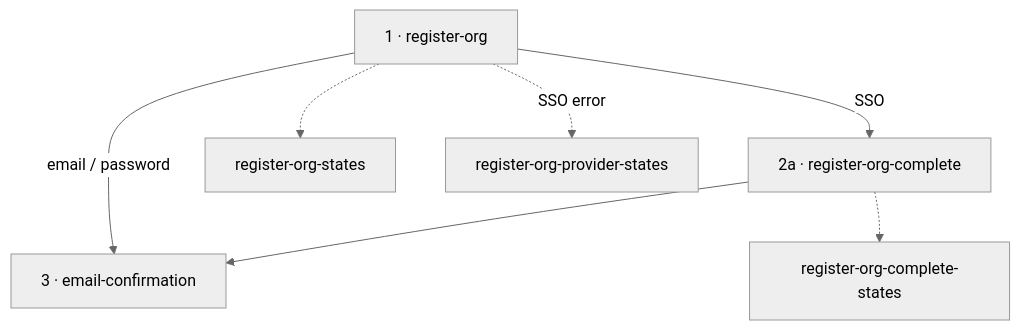
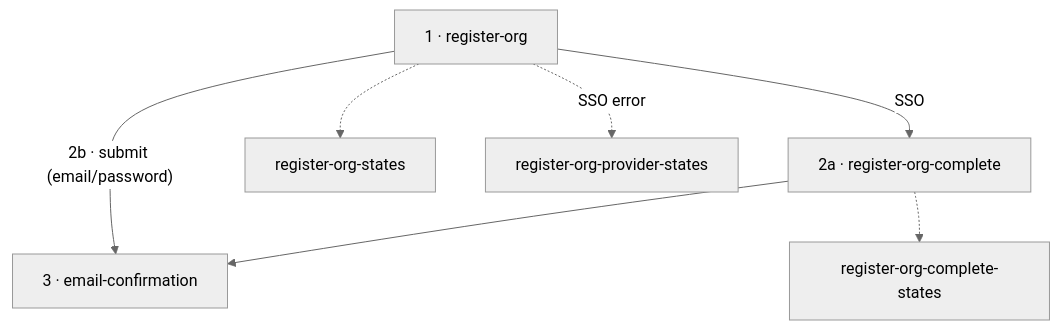
Before and after one commit to phuongnse/axis: the diagram in docs/use-cases/platform-foundation/register-org/README.md, drawn with Mermaid (neutral theme). The commit also changed 1 other file, not shown here.

Commit message:
docs(register-org): label mermaid edge 2b; docs-style branch-step rule

````diff
--- a/docs/use-cases/platform-foundation/register-org/README.md
+++ b/docs/use-cases/platform-foundation/register-org/README.md
@@ -108,16 +108,16 @@
 ```mermaid
 flowchart TD
   entry["1 · register-org"]
   complete["2a · register-org-complete"]
   confirm["3 · email-confirmation"]
   errEntry["register-org-states"]
   errComplete["register-org-complete-states"]
   errProvider["register-org-provider-states"]
 
-  entry -->|email / password| confirm
+  entry -->|"2b · submit (email/password)"| confirm
   entry -->|SSO| complete
   complete --> confirm
   entry -.-> errEntry
   complete -.-> errComplete
   entry -.->|SSO error| errProvider
 ```
````
